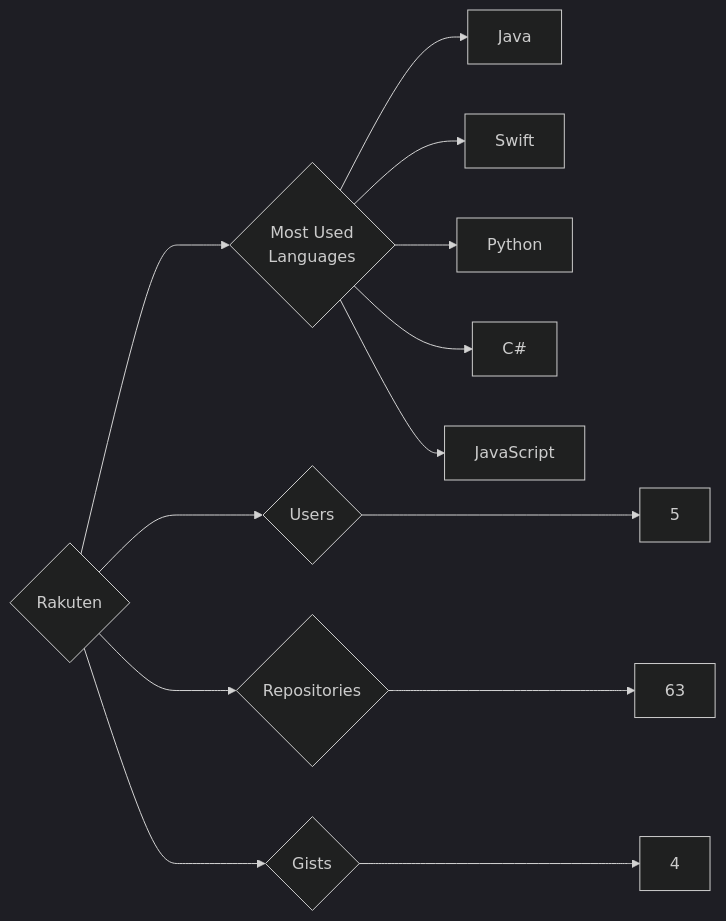
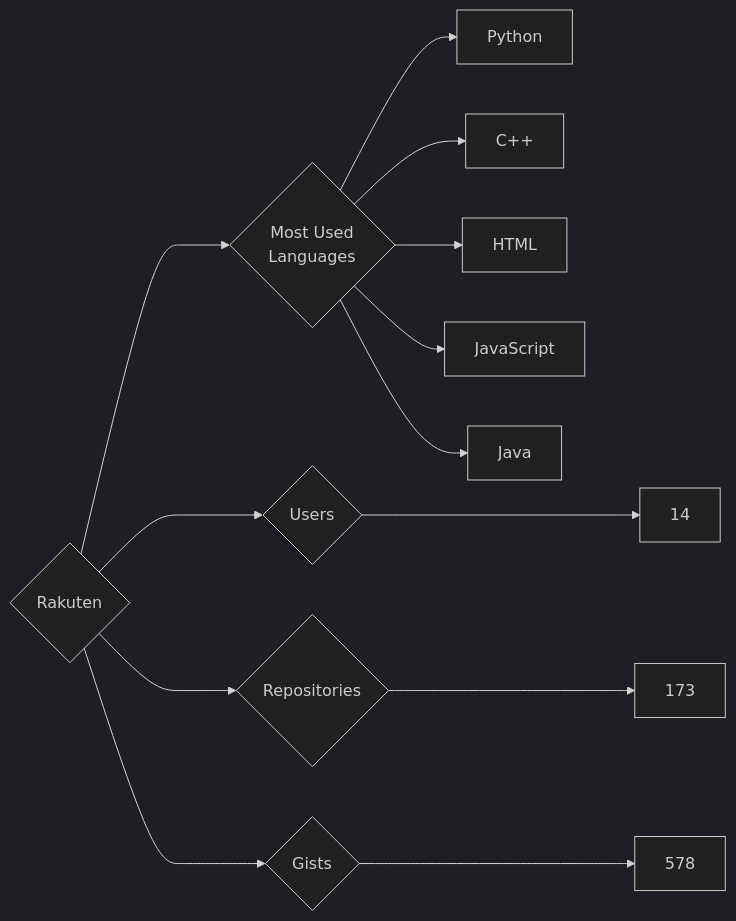
One commit to trickest/insiders changed the diagram in targets/Rakuten/README.md. Above: the diagram before and after it, drawn with Mermaid (dark theme). The commit also changed 965 other files, not shown here.

````diff
--- a/targets/Rakuten/README.md
+++ b/targets/Rakuten/README.md
@@ -3,13 +3,13 @@
 ```mermaid
 graph LR
 COMPANY_NAME{Rakuten}
-COMPANY_NAME ---> U{Users} ---> UN[5]
-COMPANY_NAME ---> R{Repositories} ---> RN[63]
-COMPANY_NAME ---> G{Gists} ---> GN[4]
+COMPANY_NAME ---> U{Users} ---> UN[14]
+COMPANY_NAME ---> R{Repositories} ---> RN[173]
+COMPANY_NAME ---> G{Gists} ---> GN[578]
 COMPANY_NAME ---> ML{Most Used<br>Languages}
+ML --> Python[Python]
+ML --> C++[C++]
+ML --> HTML[HTML]
+ML --> JavaScript[JavaScript]
 ML --> Java[Java]
-ML --> Swift[Swift]
-ML --> Python[Python]
-ML --> C#[C#]
-ML --> JavaScript[JavaScript]
 ```
````
